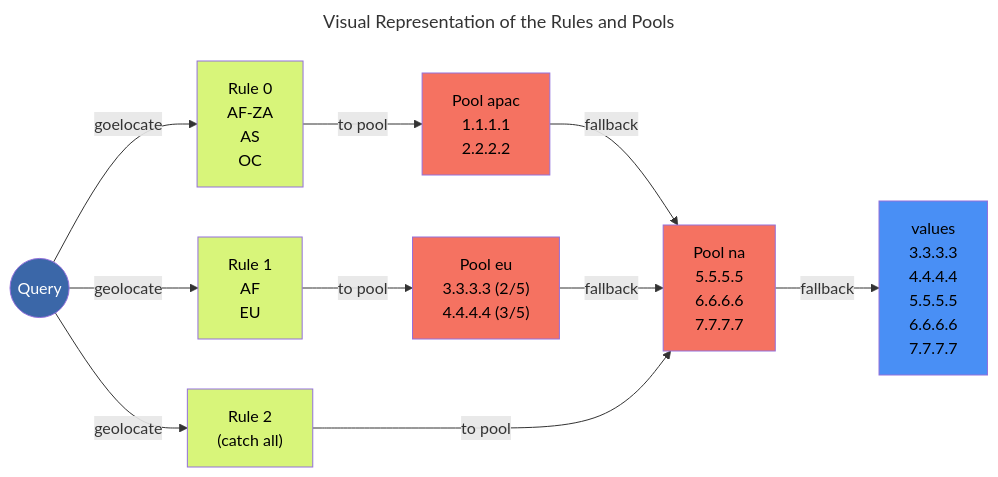
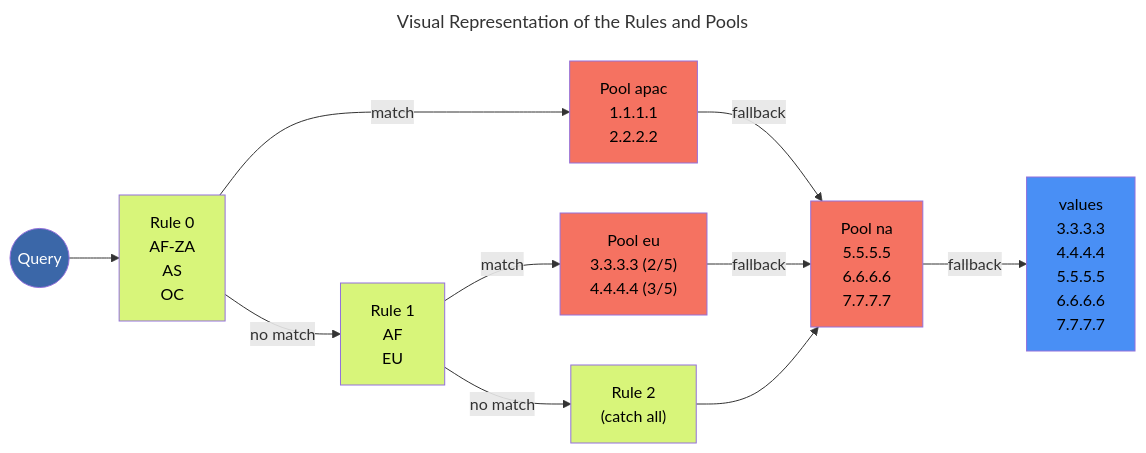
The diagram in docs/dynamic_records.md (octodns/octodns), drawn with Mermaid before and after one commit.

Commit message:
Emphasize rule order

````diff
--- a/docs/dynamic_records.md
+++ b/docs/dynamic_records.md
@@ -79,25 +79,26 @@
 ```mermaid
 ---
 title: Visual Representation of the Rules and Pools
 ---
 flowchart LR
-	query((Query)) --goelocate--> rule_0[Rule 0<br>AF-ZA<br>AS<br>OC]
-	query --geolocate--> rule_1[Rule 1<br>AF<br>EU]
-	query --geolocate--> rule_2["Rule 2<br>(catch all)"]
-	rule_0 --to pool--> pool_apac[Pool apac<br>1.1.1.1<br>2.2.2.2]
+  	query((Query)) --> rule_0[Rule 0<br>AF-ZA<br>AS<br>OC]
+	rule_0 --no match--> rule_1[Rule 1<br>AF<br>EU]
+	rule_1 --no match--> rule_2["Rule 2<br>(catch all)"]
+
+	rule_0 --match--> pool_apac[Pool apac<br>1.1.1.1<br>2.2.2.2]
 	pool_apac --fallback--> pool_na
-	rule_1 --to pool--> pool_eu["Pool eu<br>3.3.3.3 (2/5)<br>4.4.4.4 (3/5)"]
+	rule_1 --match--> pool_eu["Pool eu<br>3.3.3.3 (2/5)<br>4.4.4.4 (3/5)"]
 	pool_eu --fallback--> pool_na
-	rule_2 --to pool---> pool_na[Pool na<br>5.5.5.5<br>6.6.6.6<br>7.7.7.7]
+	rule_2 --> pool_na[Pool na<br>5.5.5.5<br>6.6.6.6<br>7.7.7.7]
 	pool_na --fallback--> values[values<br>3.3.3.3<br>4.4.4.4<br>5.5.5.5<br>6.6.6.6<br>7.7.7.7]
 
 	classDef queryColor fill:#3B67A8,color:#ffffff
 	classDef ruleColor fill:#D8F57A,color:#000000
 	classDef poolColor fill:#F57261,color:#000000
 	classDef valueColor fill:#498FF5,color:#000000
 
 	class query queryColor
 	class rule_0,rule_1,rule_2 ruleColor
 	class pool_apac,pool_eu,pool_na poolColor
 	class values valueColor
 ```
````
